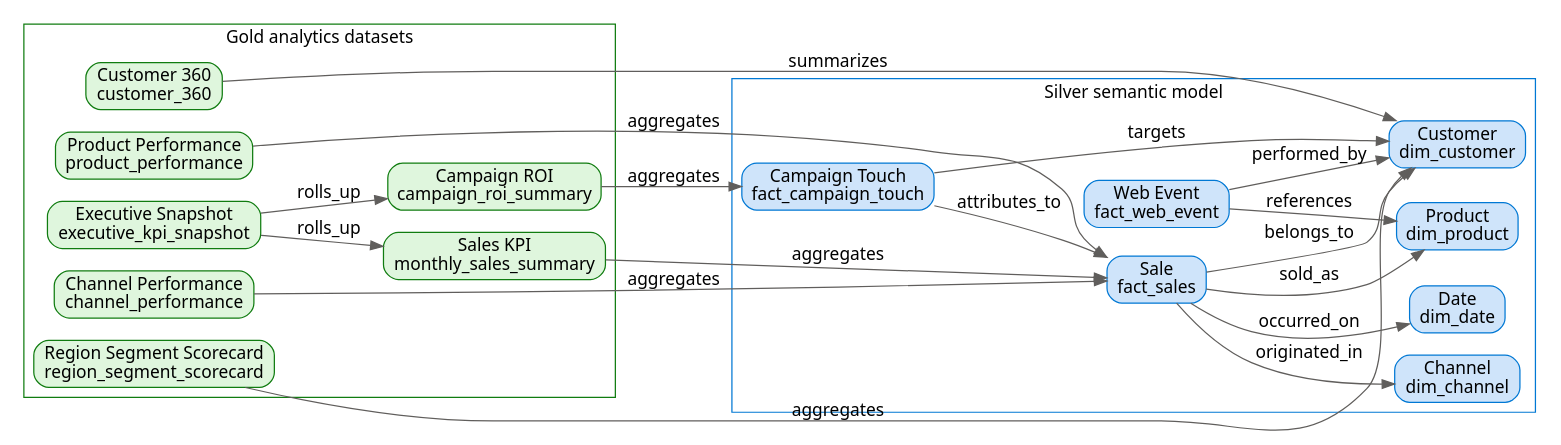
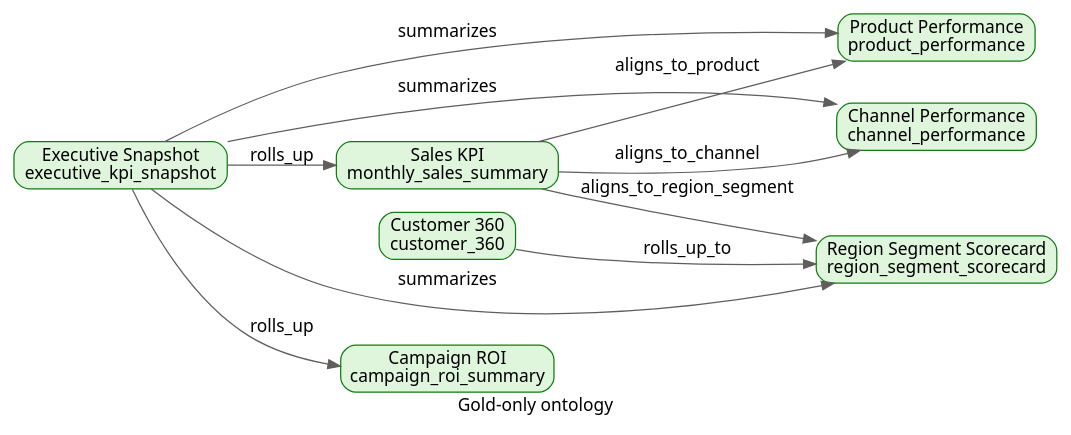
One commit to pratpat/fabric_sales_demo changed the diagram in ontology/sales_ontology_graph.dot. Above: the diagram before and after it, drawn with Graphviz. The commit also changed 13 other files, not shown here.

Commit message:
Scope ontology to Gold datasets only

```diff
--- a/ontology/sales_ontology_graph.dot
+++ b/ontology/sales_ontology_graph.dot
@@ -1,47 +1,23 @@
-digraph FabricSalesDemoOntology {
-  graph [rankdir=LR, bgcolor="white", fontname="Segoe UI"];
-  node [shape=box, style="rounded,filled", fontname="Segoe UI", color="#0078D4", fillcolor="#CFE4FA"];
+digraph FabricSalesDemoGoldOntology {
+  graph [rankdir=LR, bgcolor="white", fontname="Segoe UI", label="Gold-only ontology"];
+  node [shape=box, style="rounded,filled", fontname="Segoe UI", color="#107C10", fillcolor="#DFF6DD"];
   edge [fontname="Segoe UI", color="#605E5C"];
 
-  subgraph cluster_silver {
-    label="Silver semantic model";
-    color="#0078D4";
-    Customer [label="Customer\ndim_customer"];
-    Product [label="Product\ndim_product"];
-    Channel [label="Channel\ndim_channel"];
-    Date [label="Date\ndim_date"];
-    Sale [label="Sale\nfact_sales"];
-    CampaignTouch [label="Campaign Touch\nfact_campaign_touch"];
-    WebEvent [label="Web Event\nfact_web_event"];
-  }
+  ExecutiveSnapshot [label="Executive Snapshot\nexecutive_kpi_snapshot"];
+  SalesKPI [label="Sales KPI\nmonthly_sales_summary"];
+  ProductPerformance [label="Product Performance\nproduct_performance"];
+  ChannelPerformance [label="Channel Performance\nchannel_performance"];
+  RegionSegmentScorecard [label="Region Segment Scorecard\nregion_segment_scorecard"];
+  CustomerValue [label="Customer 360\ncustomer_360"];
+  CampaignROI [label="Campaign ROI\ncampaign_roi_summary"];
 
-  subgraph cluster_gold {
-    label="Gold analytics datasets";
-    color="#107C10";
-    node [color="#107C10", fillcolor="#DFF6DD"];
-    SalesKPI [label="Sales KPI\nmonthly_sales_summary"];
-    CustomerValue [label="Customer 360\ncustomer_360"];
-    CampaignROI [label="Campaign ROI\ncampaign_roi_summary"];
-    ExecutiveSnapshot [label="Executive Snapshot\nexecutive_kpi_snapshot"];
-    ProductPerformance [label="Product Performance\nproduct_performance"];
-    ChannelPerformance [label="Channel Performance\nchannel_performance"];
-    RegionSegmentScorecard [label="Region Segment Scorecard\nregion_segment_scorecard"];
-  }
-
-  Sale -> Customer [label="belongs_to"];
-  Sale -> Product [label="sold_as"];
-  Sale -> Channel [label="originated_in"];
-  Sale -> Date [label="occurred_on"];
-  CampaignTouch -> Customer [label="targets"];
-  CampaignTouch -> Sale [label="attributes_to"];
-  WebEvent -> Customer [label="performed_by"];
-  WebEvent -> Product [label="references"];
-  SalesKPI -> Sale [label="aggregates"];
-  CustomerValue -> Customer [label="summarizes"];
-  CampaignROI -> CampaignTouch [label="aggregates"];
   ExecutiveSnapshot -> SalesKPI [label="rolls_up"];
   ExecutiveSnapshot -> CampaignROI [label="rolls_up"];
-  ProductPerformance -> Sale [label="aggregates"];
-  ChannelPerformance -> Sale [label="aggregates"];
-  RegionSegmentScorecard -> Customer [label="aggregates"];
+  ExecutiveSnapshot -> ProductPerformance [label="summarizes"];
+  ExecutiveSnapshot -> ChannelPerformance [label="summarizes"];
+  ExecutiveSnapshot -> RegionSegmentScorecard [label="summarizes"];
+  SalesKPI -> ProductPerformance [label="aligns_to_product"];
+  SalesKPI -> ChannelPerformance [label="aligns_to_channel"];
+  SalesKPI -> RegionSegmentScorecard [label="aligns_to_region_segment"];
+  CustomerValue -> RegionSegmentScorecard [label="rolls_up_to"];
 }
```
